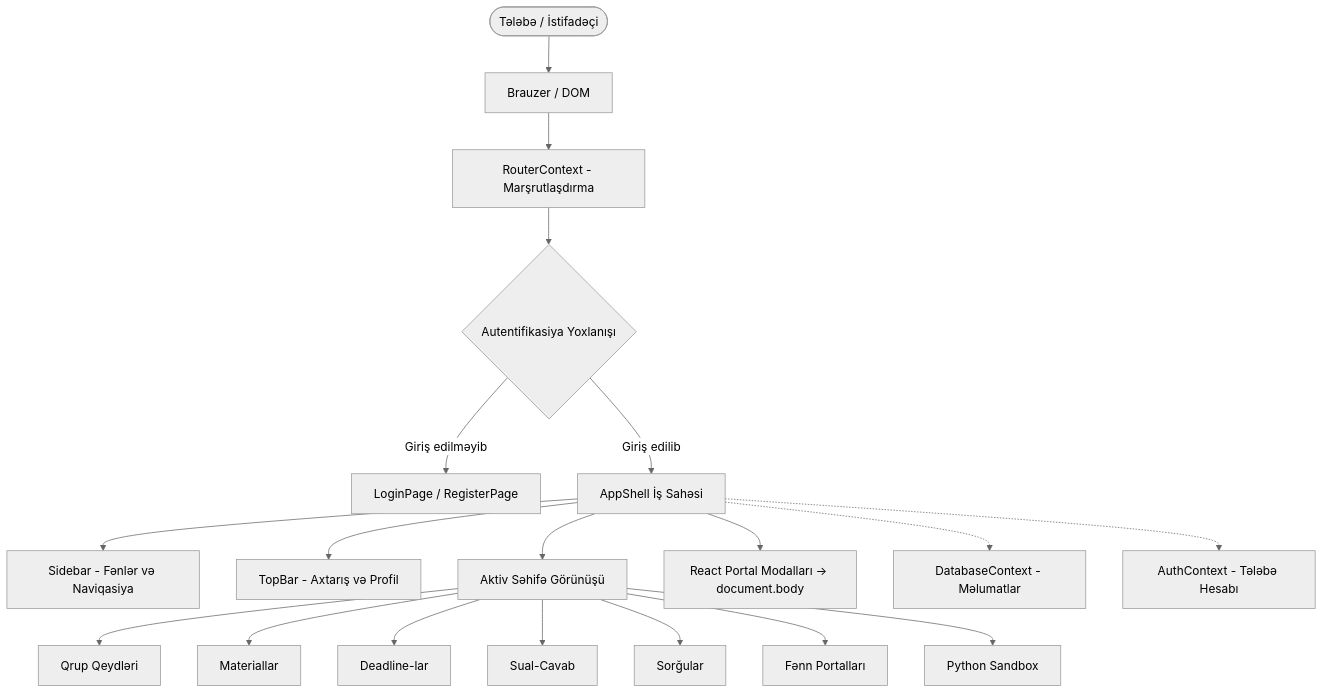
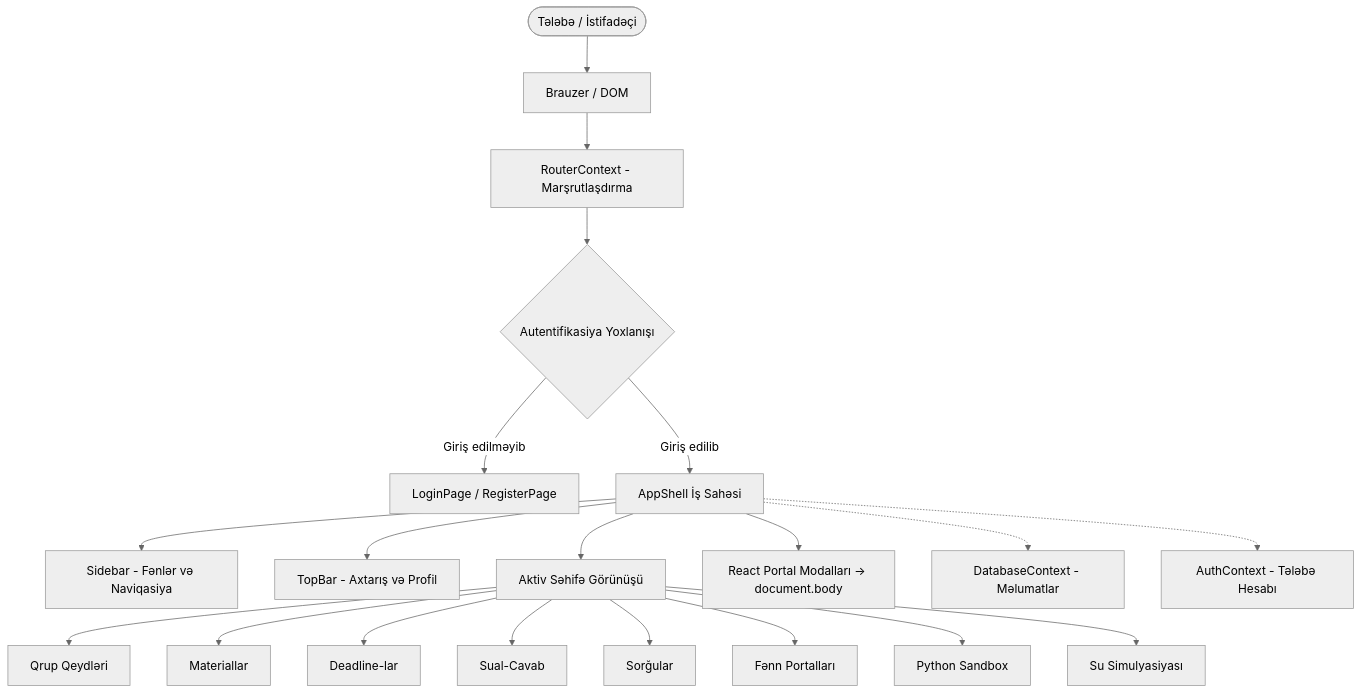
The diagram in ARCHITECTURE.md (elcann7/aztu), drawn with Mermaid (neutral theme) before and after one commit. The commit also changed other lines of this file and 10 other files, not shown here.

````diff
--- a/ARCHITECTURE.md
+++ b/ARCHITECTURE.md
@@ -11,25 +11,26 @@
 ```mermaid
 graph TD
     User([Tələbə / İstifadəçi]) --> Browser[Brauzer / DOM]
     Browser --> Router[RouterContext - Marşrutlaşdırma]
     Router --> AuthGuard{Autentifikasiya Yoxlanışı}
     AuthGuard -- Giriş edilməyib --> AuthPages[LoginPage / RegisterPage]
     AuthGuard -- Giriş edilib --> AppShell[AppShell İş Sahəsi]
     
     AppShell --> Sidebar[Sidebar - Fənlər və Naviqasiya]
     AppShell --> TopBar[TopBar - Axtarış və Profil]
     AppShell --> ActiveView[Aktiv Səhifə Görünüşü]
     
     ActiveView --> NotesView[Qrup Qeydləri]
     ActiveView --> MaterialsView[Materiallar]
     ActiveView --> DeadlinesView[Deadline-lar]
     ActiveView --> QAView[Sual-Cavab]
     ActiveView --> PollsView[Sorğular]
     ActiveView --> CourseView[Fənn Portalları]
     ActiveView --> SandboxView[Python Sandbox]
+    ActiveView --> WaterView[Su Simulyasiyası]
     
     AppShell --> Modals[React Portal Modalları -> document.body]
     
     AppShell -.-> DBContext[DatabaseContext - Məlumatlar]
     AppShell -.-> AuthContext[AuthContext - Tələbə Hesabı]
 ```
````
